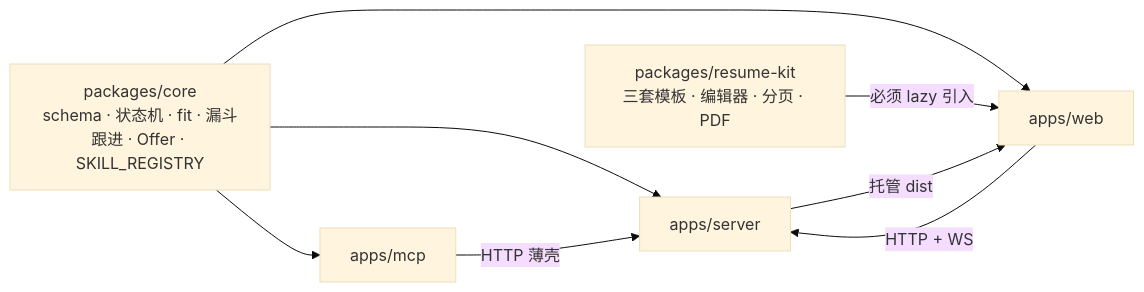
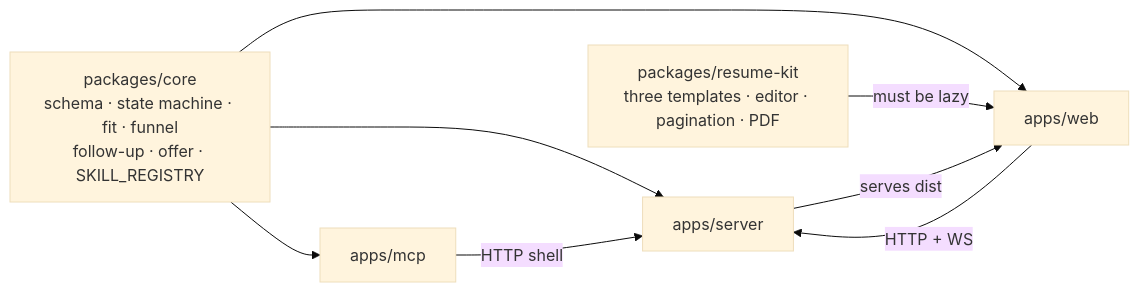
One commit to Dada-liu/land-a-job changed the second of 6 diagrams in README.md. Above: the diagram before and after it, drawn with Mermaid (base theme). The commit also changed other lines of this file and 17 other files, not shown here.

````diff
--- a/README.md
+++ b/README.md
@@ -445,16 +449,16 @@
 ```mermaid
 flowchart LR
-  CORE["packages/core<br/>schema · 状态机 · fit · 漏斗<br/>跟进 · Offer · SKILL_REGISTRY"]
-  RK["packages/resume-kit<br/>三套模板 · 编辑器 · 分页 · PDF"]
+  CORE["packages/core<br/>schema · state machine · fit · funnel<br/>follow-up · offer · SKILL_REGISTRY"]
+  RK["packages/resume-kit<br/>three templates · editor · pagination · PDF"]
   SERVER["apps/server"]
   MCPAPP["apps/mcp"]
   WEBAPP["apps/web"]
 
   CORE --> SERVER
   CORE --> MCPAPP
   CORE --> WEBAPP
-  RK -->|"必须 lazy 引入"| WEBAPP
-  SERVER -->|"托管 dist"| WEBAPP
-  MCPAPP -->|"HTTP 薄壳"| SERVER
+  RK -->|"must be lazy"| WEBAPP
+  SERVER -->|"serves dist"| WEBAPP
+  MCPAPP -->|"HTTP shell"| SERVER
   WEBAPP -->|"HTTP + WS"| SERVER
 ```
````
